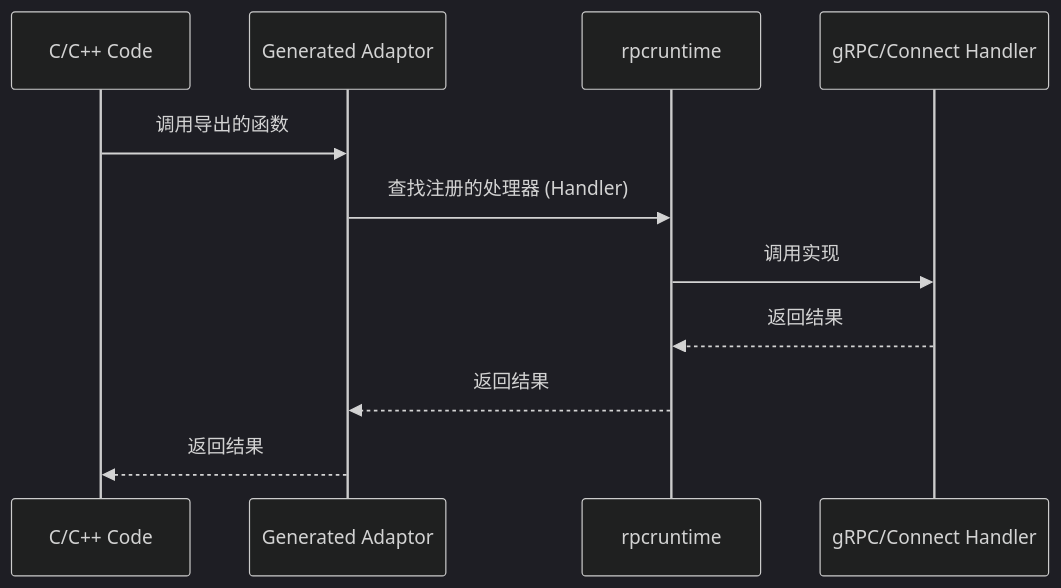
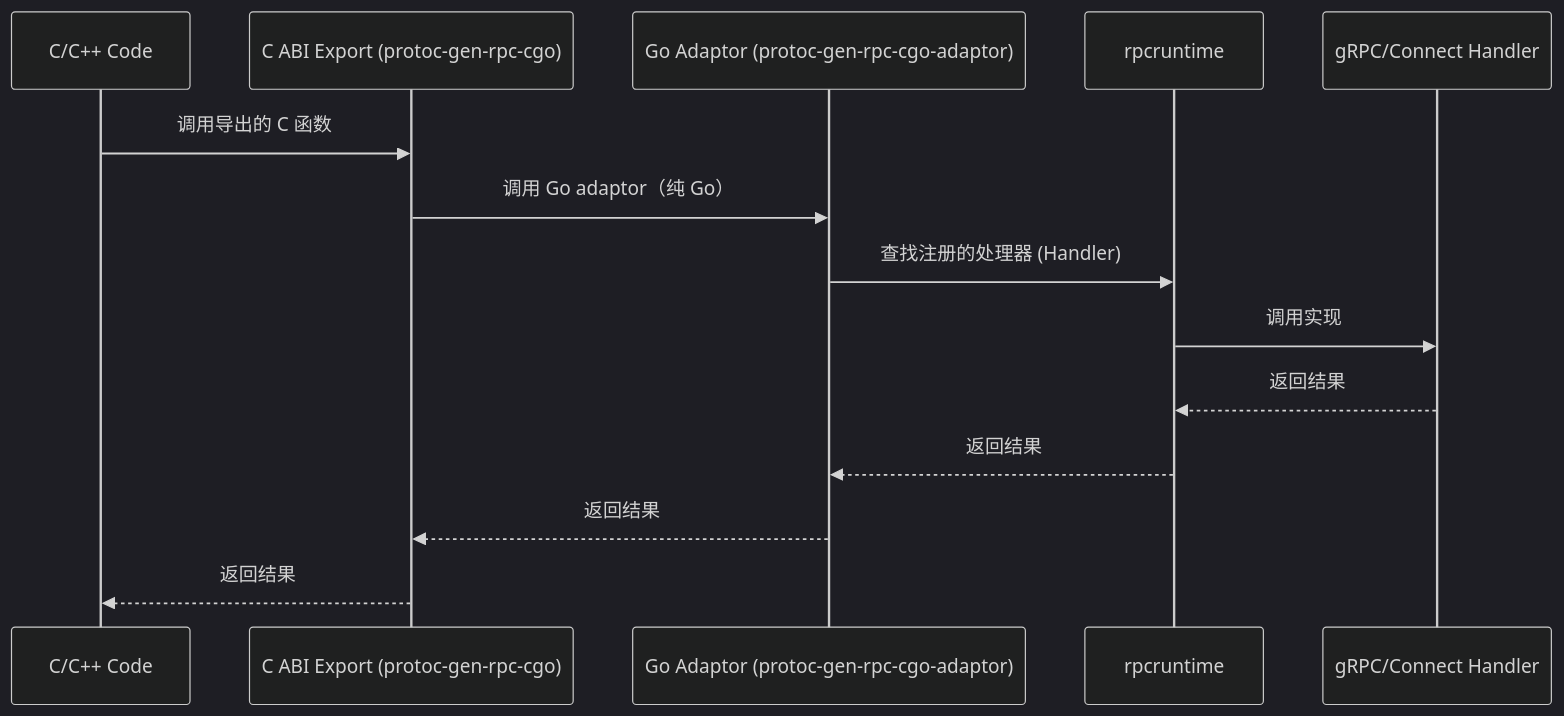
One commit to mlcoor/rpccgo changed the diagram in README.md. Above: the diagram before and after it, drawn with Mermaid (dark theme). The commit also changed other lines of this file, not shown here.

Commit message:
docs: update README to clarify C ABI export and Go adaptor usage

````diff
--- a/README.md
+++ b/README.md
@@ -5,14 +5,17 @@
 ```mermaid
 sequenceDiagram
     participant C as C/C++ Code
-    participant Adaptor as Generated Adaptor
+    participant Export as C ABI Export (protoc-gen-rpc-cgo)
+    participant Adaptor as Go Adaptor (protoc-gen-rpc-cgo-adaptor)
     participant Runtime as rpcruntime
     participant Handler as gRPC/Connect Handler
 
-    C->>Adaptor: 调用导出的函数
+    C->>Export: 调用导出的 C 函数
+    Export->>Adaptor: 调用 Go adaptor（纯 Go）
     Adaptor->>Runtime: 查找注册的处理器 (Handler)
     Runtime->>Handler: 调用实现
     Handler-->>Runtime: 返回结果
     Runtime-->>Adaptor: 返回结果
-    Adaptor-->>C: 返回结果
+    Adaptor-->>Export: 返回结果
+    Export-->>C: 返回结果
 ```
````
